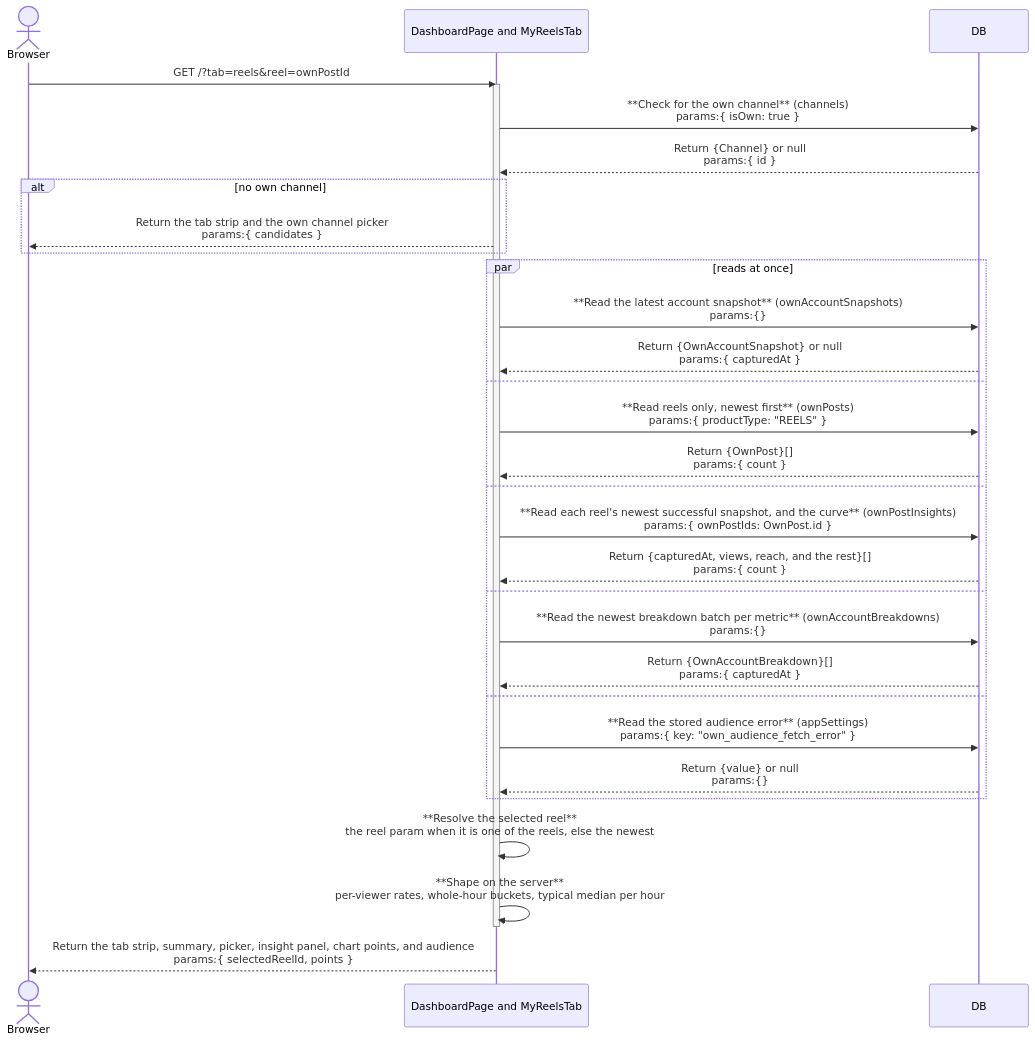
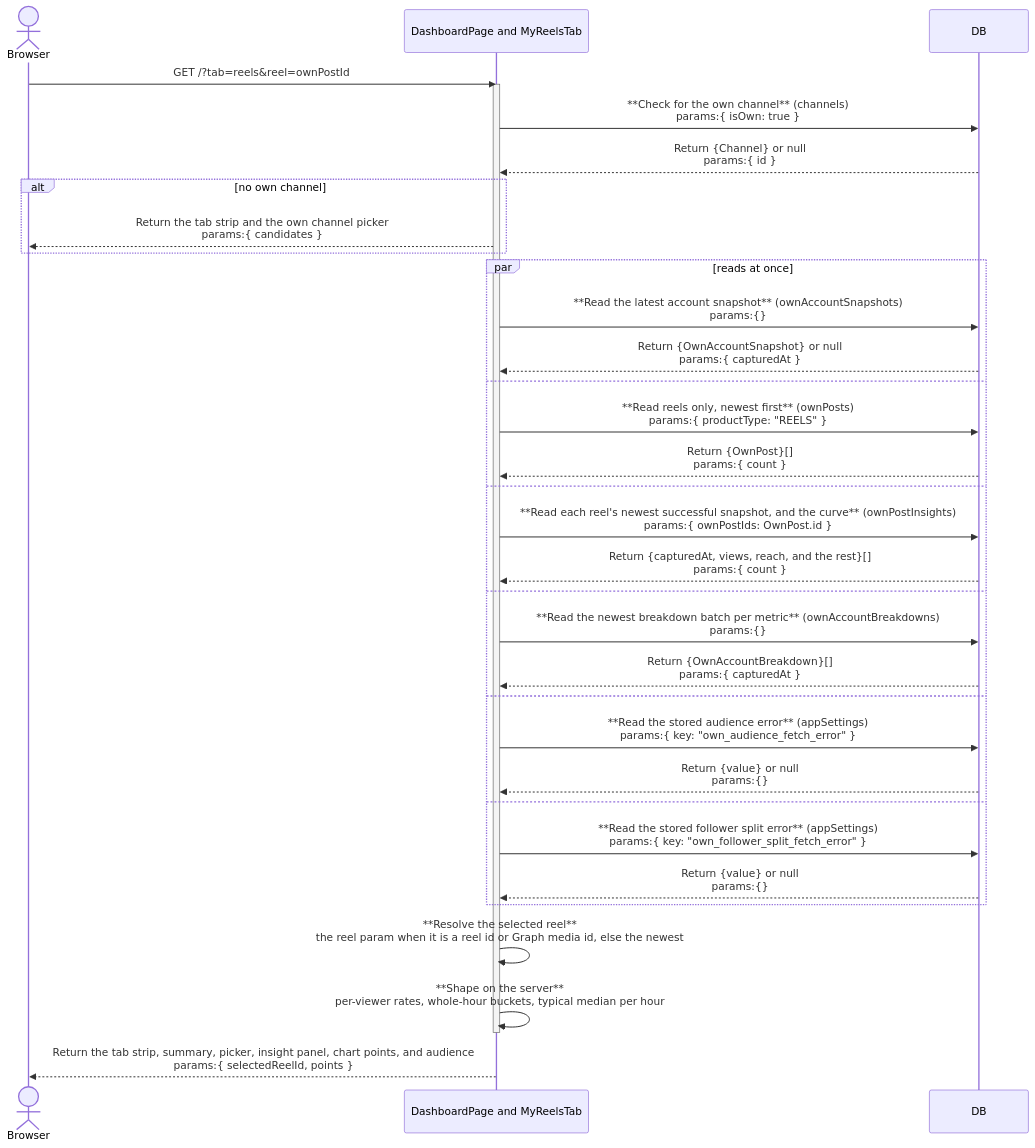
One commit to Kaiships-ai/crowsnest changed the fourth of 4 diagrams in documents/architect/core-components/mine/02-architecture.md. Above: the diagram before and after it, drawn with Mermaid. The commit also changed other lines of this file and 3 other files, not shown here.

````diff
--- a/documents/architect/core-components/mine/02-architecture.md
+++ b/documents/architect/core-components/mine/02-architecture.md
@@ -301,34 +302,37 @@
 ```mermaid
 sequenceDiagram
     actor UI as Browser
     participant Page as DashboardPage and MyReelsTab
     participant DB
 
     UI->>Page: GET /?tab=reels&reel=ownPostId
     activate Page
     Page->>DB: **Check for the own channel** (channels)<br/>params:{ isOwn: true }
     DB-->>Page: Return {Channel} or null<br/>params:{ id }
     alt no own channel
         Page-->>UI: Return the tab strip and the own channel picker<br/>params:{ candidates }
     end
     par reads at once
         Page->>DB: **Read the latest account snapshot** (ownAccountSnapshots)<br/>params:{}
         DB-->>Page: Return {OwnAccountSnapshot} or null<br/>params:{ capturedAt }
     and
         Page->>DB: **Read reels only, newest first** (ownPosts)<br/>params:{ productType: "REELS" }
         DB-->>Page: Return {OwnPost}[]<br/>params:{ count }
     and
         Page->>DB: **Read each reel's newest successful snapshot, and the curve** (ownPostInsights)<br/>params:{ ownPostIds: OwnPost.id }
         DB-->>Page: Return {capturedAt, views, reach, and the rest}[]<br/>params:{ count }
     and
         Page->>DB: **Read the newest breakdown batch per metric** (ownAccountBreakdowns)<br/>params:{}
         DB-->>Page: Return {OwnAccountBreakdown}[]<br/>params:{ capturedAt }
     and
         Page->>DB: **Read the stored audience error** (appSettings)<br/>params:{ key: "own_audience_fetch_error" }
         DB-->>Page: Return {value} or null<br/>params:{}
+    and
+        Page->>DB: **Read the stored follower split error** (appSettings)<br/>params:{ key: "own_follower_split_fetch_error" }
+        DB-->>Page: Return {value} or null<br/>params:{}
     end
-    Page->>Page: **Resolve the selected reel**<br/>the reel param when it is one of the reels, else the newest
+    Page->>Page: **Resolve the selected reel**<br/>the reel param when it is a reel id or Graph media id, else the newest
     Page->>Page: **Shape on the server**<br/>per-viewer rates, whole-hour buckets, typical median per hour
     deactivate Page
     Page-->>UI: Return the tab strip, summary, picker, insight panel, chart points, and audience<br/>params:{ selectedReelId, points }
 ```
````
